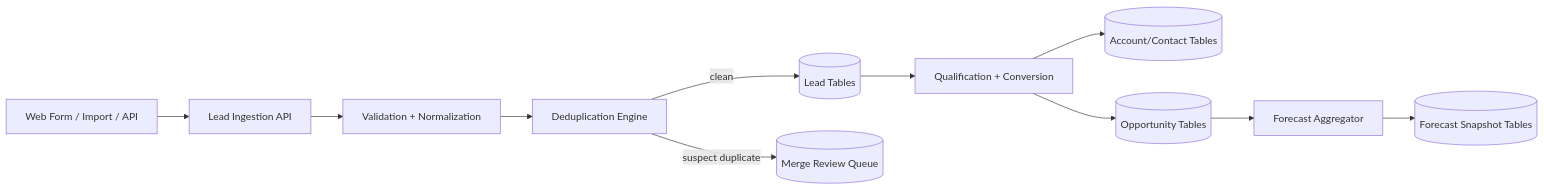
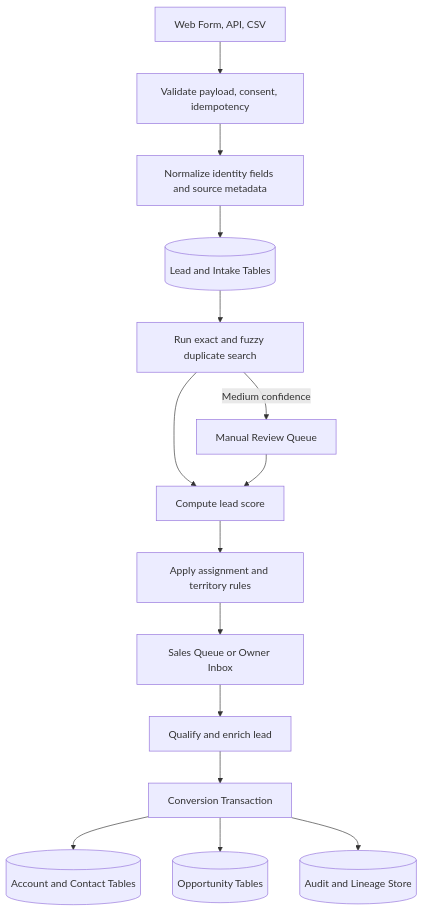
The second of 4 diagrams in Customer Relationship Management Platform/high-level-design/data-flow-diagrams.md (0Ankit0/Project-Ideas), drawn with Mermaid before and after one commit. The commit also changed other lines of this file and 17 other files, not shown here.

````diff
--- a/Customer Relationship Management Platform/high-level-design/data-flow-diagrams.md
+++ b/Customer Relationship Management Platform/high-level-design/data-flow-diagrams.md
@@ -4,14 +33,17 @@
 ```mermaid
-flowchart LR
-    Source[Web Form / Import / API] --> Ingest[Lead Ingestion API]
-    Ingest --> Validate[Validation + Normalization]
-    Validate --> Dedupe[Deduplication Engine]
-    Dedupe -->|clean| LeadStore[(Lead Tables)]
-    Dedupe -->|suspect duplicate| MergeQueue[(Merge Review Queue)]
-
-    LeadStore --> Convert[Qualification + Conversion]
-    Convert --> AccountStore[(Account/Contact Tables)]
-    Convert --> OppStore[(Opportunity Tables)]
-    OppStore --> Forecast[Forecast Aggregator]
-    Forecast --> Snapshot[(Forecast Snapshot Tables)]
+flowchart TD
+    IntakeSrc[Web Form, API, CSV] --> Validate[Validate payload, consent, idempotency]
+    Validate --> Normalize[Normalize identity fields and source metadata]
+    Normalize --> LeadStore[(Lead and Intake Tables)]
+    LeadStore --> Dedupe[Run exact and fuzzy duplicate search]
+    Dedupe -->|Medium confidence| Review[Manual Review Queue]
+    Dedupe --> Score[Compute lead score]
+    Review --> Score
+    Score --> Assign[Apply assignment and territory rules]
+    Assign --> Seller[Sales Queue or Owner Inbox]
+    Seller --> Qualify[Qualify and enrich lead]
+    Qualify --> Convert[Conversion Transaction]
+    Convert --> Customer[(Account and Contact Tables)]
+    Convert --> Opp[(Opportunity Tables)]
+    Convert --> Audit1[(Audit and Lineage Store)]
 ```
````
